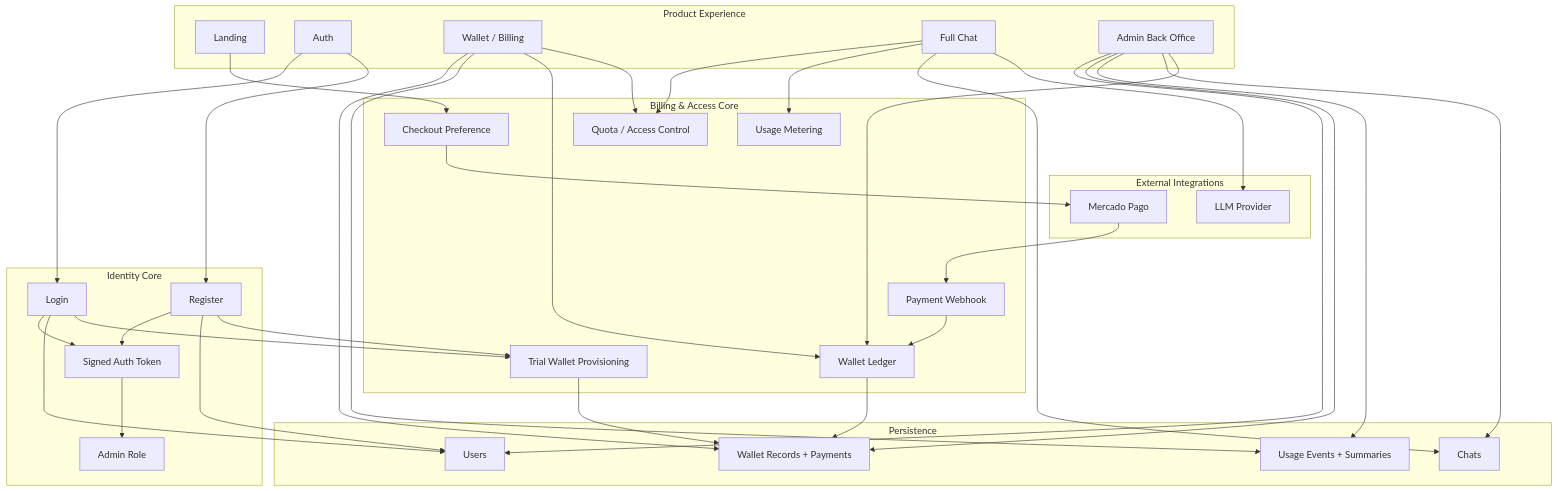
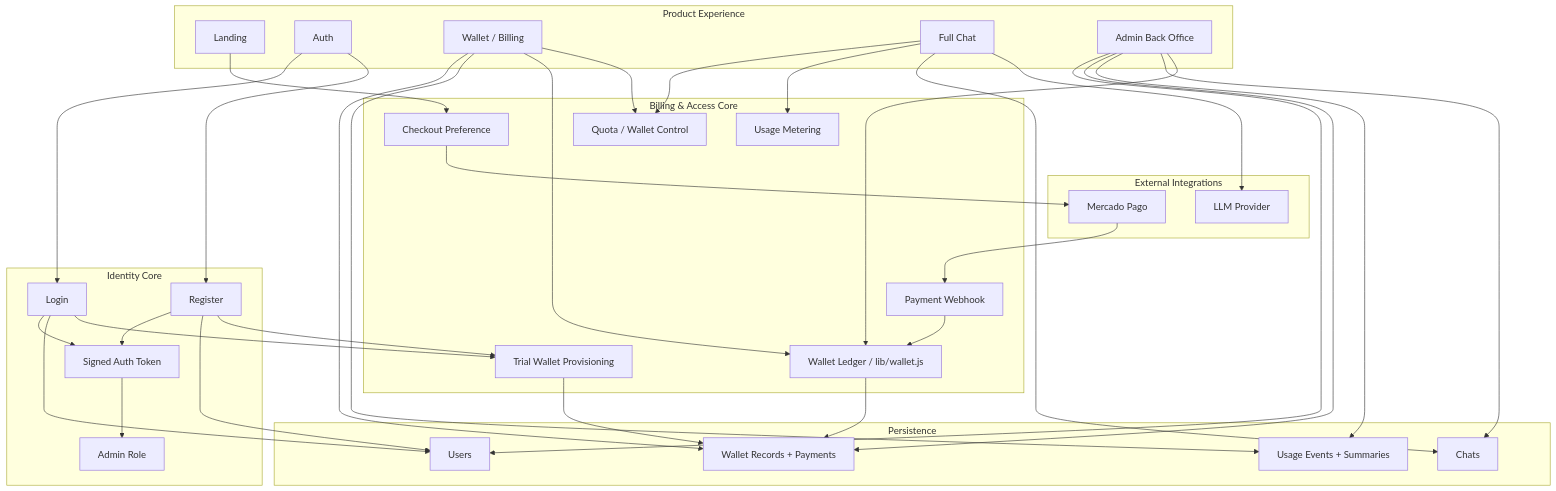
One commit to miguelemosreverte/palindrome-exercise changed the diagram in architecture-components.mmd. Above: the diagram before and after it, drawn with Mermaid. The commit also changed 20 other files, not shown here.

```diff
--- a/architecture-components.mmd
+++ b/architecture-components.mmd
@@ -1,69 +1,69 @@
 flowchart TB
     subgraph product[Product Experience]
         landing[Landing]
         authUi[Auth]
         walletUi[Wallet / Billing]
         chatUi[Full Chat]
         backoffice[Admin Back Office]
     end
 
     subgraph billingCore[Billing & Access Core]
         trial[Trial Wallet Provisioning]
         checkout[Checkout Preference]
         webhook[Payment Webhook]
-        walletCore[Wallet Ledger]
-        entitlement[Quota / Access Control]
+        walletCore[Wallet Ledger / lib/wallet.js]
+        entitlement[Quota / Wallet Control]
         usage[Usage Metering]
     end
 
     subgraph identity[Identity Core]
         login[Login]
         register[Register]
         session[Signed Auth Token]
         adminRole[Admin Role]
     end
 
     subgraph storage[Persistence]
         users[Users]
         payments[Wallet Records + Payments]
         usageStore[Usage Events + Summaries]
         chats[Chats]
     end
 
     subgraph integrations[External Integrations]
         mercado[Mercado Pago]
         provider[LLM Provider]
     end
 
     authUi --> login
     authUi --> register
     login --> session
     register --> session
     session --> adminRole
     login --> users
     register --> users
     register --> trial
     login --> trial
     trial --> payments
 
     chatUi --> entitlement
     chatUi --> usage
     chatUi --> chats
     chatUi --> provider
 
     walletUi --> payments
     walletUi --> usageStore
     walletUi --> walletCore
     walletUi --> entitlement
 
     backoffice --> users
     backoffice --> payments
     backoffice --> usageStore
     backoffice --> chats
     backoffice --> walletCore
 
     landing --> checkout
     checkout --> mercado
     mercado --> webhook
     webhook --> walletCore
     walletCore --> payments
```
